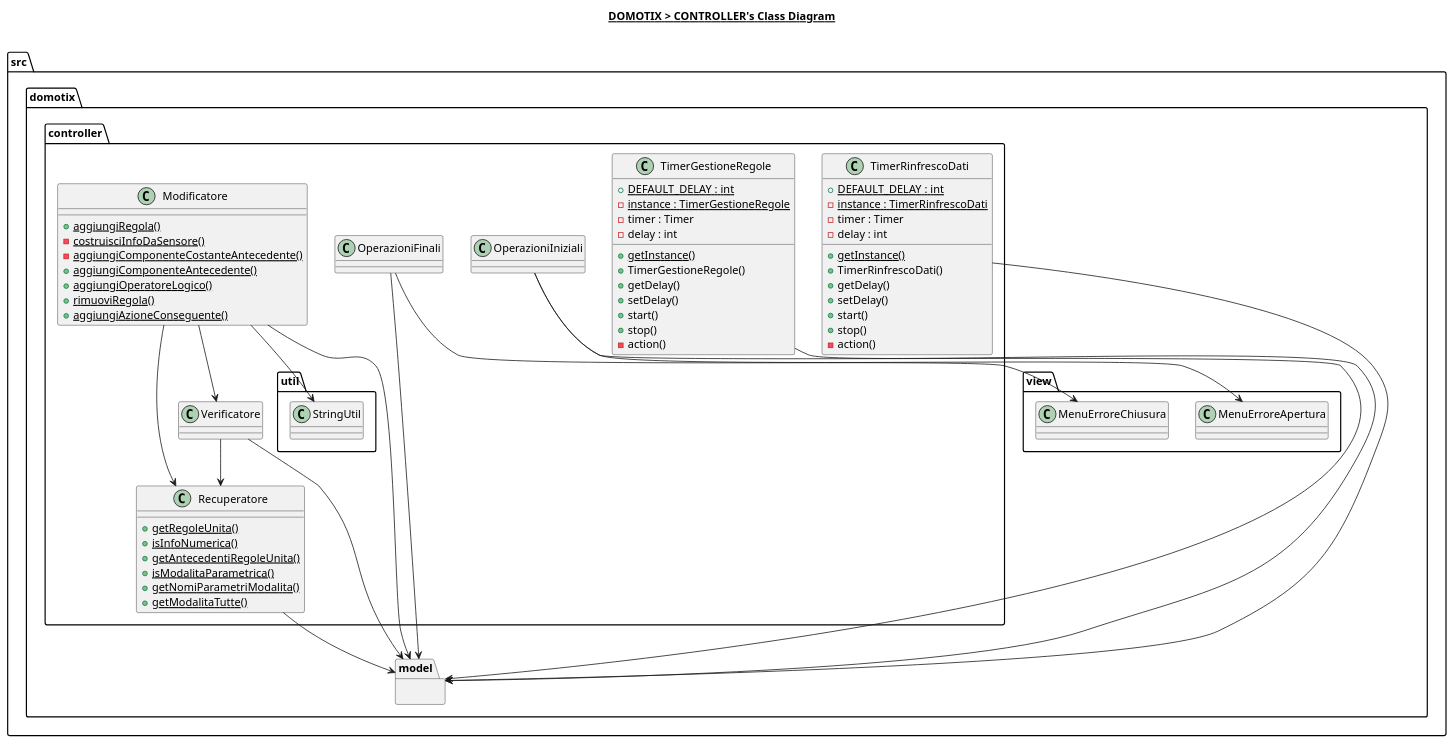
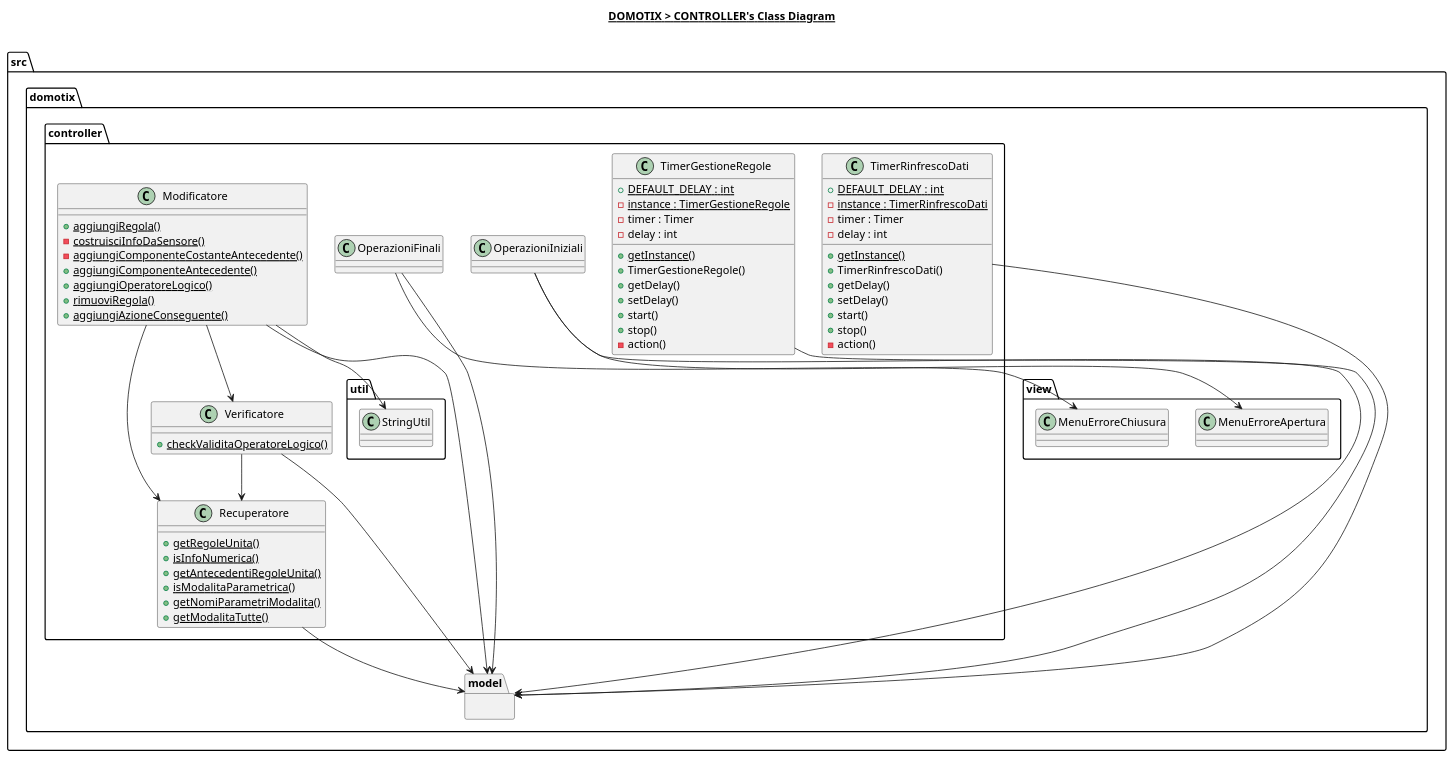
The diagram in src/domotix/controller/controller.plantuml (Edoar-do/Domotix), drawn with PlantUML before and after one commit. The commit also changed 2 other files, not shown here.

Commit message:
Finisce diagrammi v3

```diff
--- a/src/domotix/controller/controller.plantuml
+++ b/src/domotix/controller/controller.plantuml
@@ -1,94 +1,94 @@
 @startuml
 
 title __DOMOTIX > CONTROLLER's Class Diagram__\n
 
 namespace src.domotix.controller {
     class src.domotix.controller.Modificatore {
         {static} + aggiungiRegola()
         {static} - costruisciInfoDaSensore()
         {static} - aggiungiComponenteCostanteAntecedente()
         {static} + aggiungiComponenteAntecedente()
         {static} + aggiungiOperatoreLogico()
         {static} + rimuoviRegola()
         {static} + aggiungiAzioneConseguente()
     }
 
     class src.domotix.controller.OperazioniFinali {
 
     }
 
     class src.domotix.controller.OperazioniIniziali {
 
     }
 
     class src.domotix.controller.Recuperatore {
         {static} + getRegoleUnita()
         {static} + isInfoNumerica()
         {static} + getAntecedentiRegoleUnita()
         {static} + isModalitaParametrica()
         {static} + getNomiParametriModalita()
         {static} + getModalitaTutte()
     }
 
     class src.domotix.controller.Verificatore {
-
+        {static} + checkValiditaOperatoreLogico()
     }
 
     class src.domotix.controller.TimerGestioneRegole {
         {static} + DEFAULT_DELAY : int
         {static} - instance : TimerGestioneRegole
         {static} + getInstance()
         - timer : Timer
         - delay : int
         + TimerGestioneRegole()
         + getDelay()
         + setDelay()
         + start()
         + stop()
         - action()
     }
 
     class src.domotix.controller.TimerRinfrescoDati {
         {static} + DEFAULT_DELAY : int
         {static} - instance : TimerRinfrescoDati
         {static} + getInstance()
         - timer : Timer
         - delay : int
         + TimerRinfrescoDati()
         + getDelay()
         + setDelay()
         + start()
         + stop()
         - action()
     }
 
     namespace util {
         class src.domotix.controller.util.StringUtil {
         }
     }
 }
 
 namespace src.domotix.model {
 
 }
 
 src.domotix.controller.Modificatore --> src.domotix.controller.util.StringUtil
 src.domotix.controller.Modificatore --> src.domotix.controller.Recuperatore
 src.domotix.controller.Modificatore --> src.domotix.controller.Verificatore
 src.domotix.controller.Modificatore --> src.domotix.model
 
 src.domotix.controller.Verificatore --> src.domotix.controller.Recuperatore
 src.domotix.controller.Verificatore --> src.domotix.model
 
 src.domotix.controller.Recuperatore --> src.domotix.model
 
 src.domotix.controller.OperazioniIniziali --> src.domotix.model
 src.domotix.controller.OperazioniIniziali --> src.domotix.view.MenuErroreApertura
 
 src.domotix.controller.OperazioniFinali --> src.domotix.model
 src.domotix.controller.OperazioniFinali --> src.domotix.view.MenuErroreChiusura
 
 src.domotix.controller.TimerGestioneRegole --> src.domotix.model
 src.domotix.controller.TimerRinfrescoDati --> src.domotix.model
 
 @enduml
```
